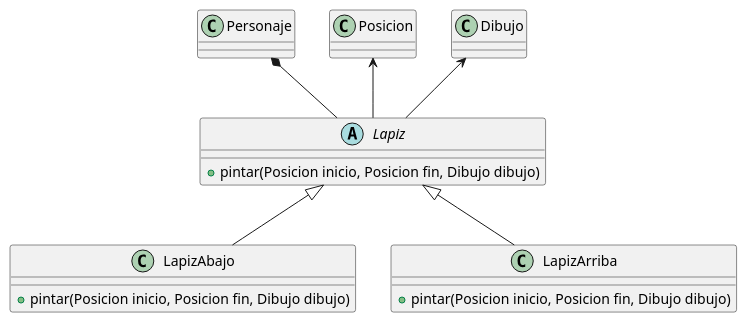
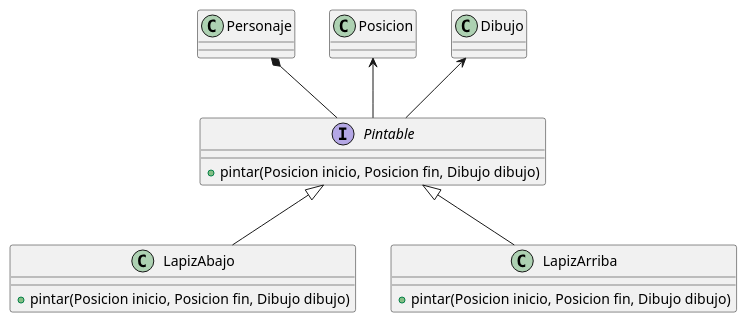
The diagram in diagramas/DiagramaDeClases_Lapiz.puml (alopezbizon/T2-ALGO3-TP2), drawn with PlantUML before and after one commit. The commit also changed 9 other files, not shown here.

Commit message:
Replace Lapiz (abstract class) by Pintable (interface).

```diff
--- a/diagramas/DiagramaDeClases_Lapiz.puml
+++ b/diagramas/DiagramaDeClases_Lapiz.puml
@@ -1,22 +1,22 @@
 @startuml
 
-Abstract Class Lapiz{
+Interface Pintable{
     +pintar(Posicion inicio, Posicion fin, Dibujo dibujo)
 }
 
 Class LapizAbajo{
     +pintar(Posicion inicio, Posicion fin, Dibujo dibujo)
 }
 
 Class LapizArriba{
     +pintar(Posicion inicio, Posicion fin, Dibujo dibujo)
 }
 
-Lapiz <|-- LapizAbajo
-Lapiz <|-- LapizArriba
+Pintable <|-- LapizAbajo
+Pintable <|-- LapizArriba
 
-Personaje *-- Lapiz
-Posicion <-- Lapiz
-Dibujo <-- Lapiz
+Personaje *-- Pintable
+Posicion <-- Pintable
+Dibujo <-- Pintable
 
 @enduml
```
